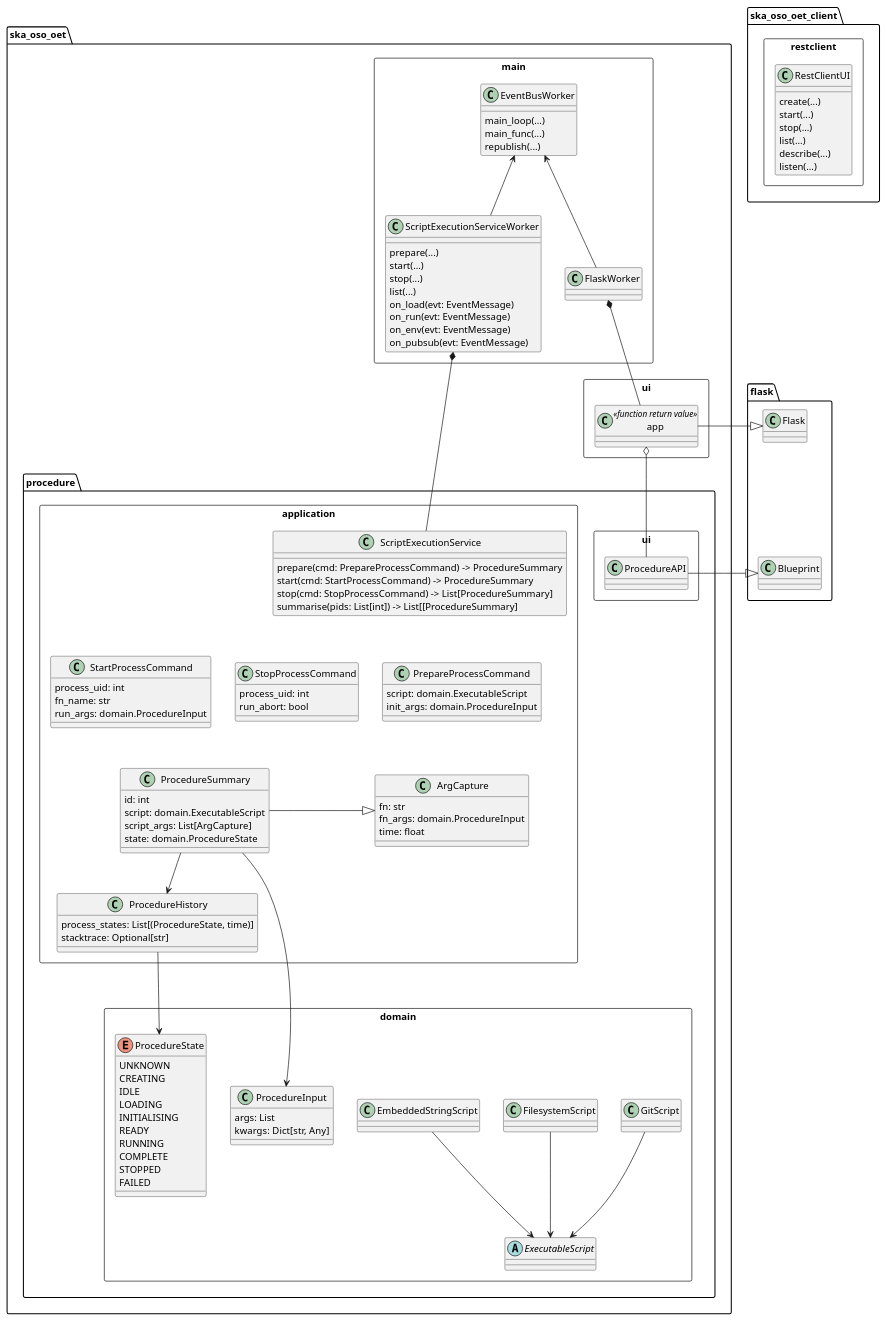
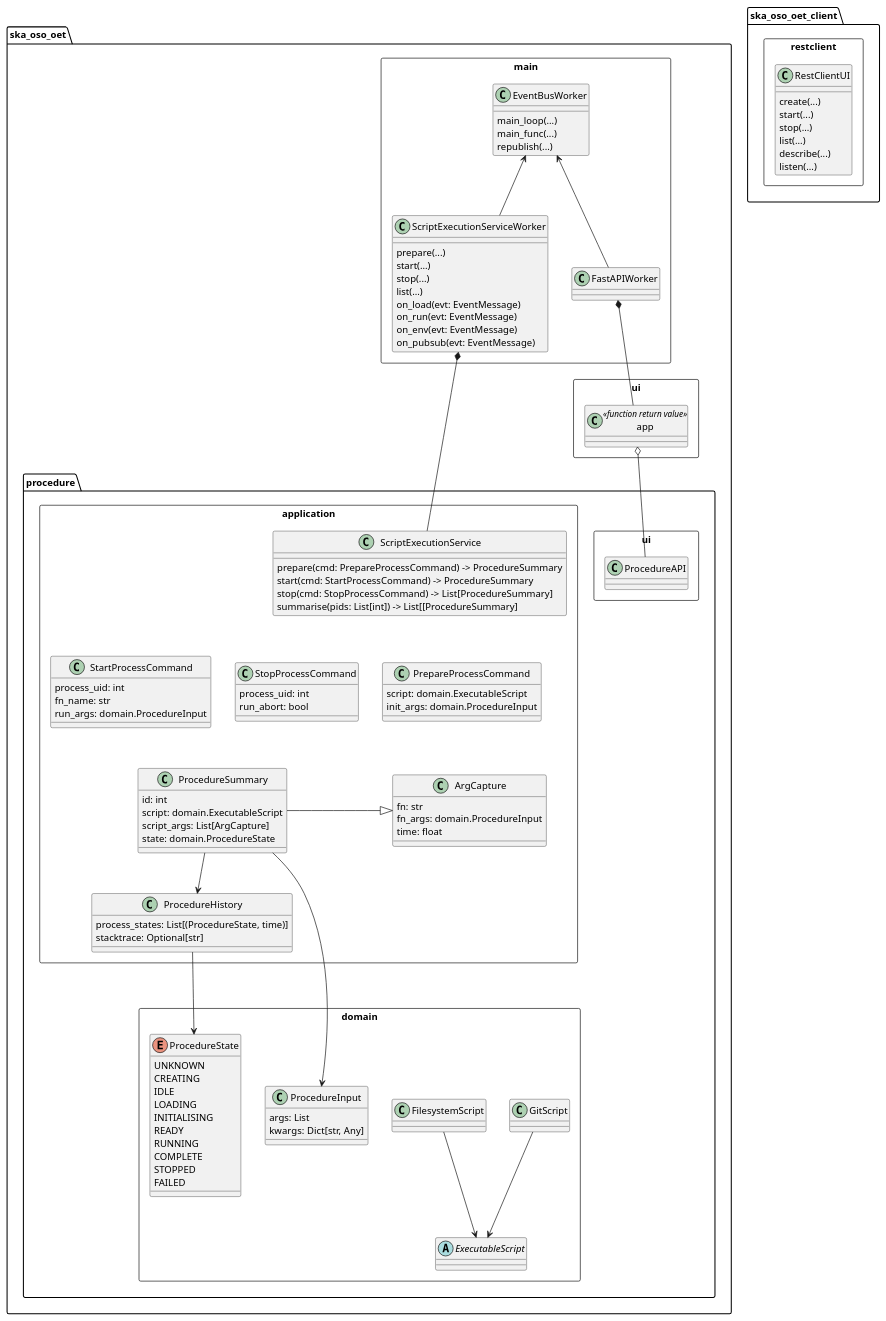
The diagram in docs/src/diagrams/backend_module_execution_primary.puml (ska-telescope/observation-execution-tool), drawn with PlantUML before and after one commit. The commit also changed 24 other files, not shown here.

```diff
--- a/docs/src/diagrams/backend_module_execution_primary.puml
+++ b/docs/src/diagrams/backend_module_execution_primary.puml
@@ -1,151 +1,141 @@
 @startuml
 'https://plantuml.com/class-diagram
 
 package ska_oso_oet_client {
     package restclient <<Rectangle>> {
         class RestClientUI {
             create(...)
             start(...)
             stop(...)
             list(...)
             describe(...)
             listen(...)
         }
     }
 }
 
 package ska_oso_oet {
 
     package main <<Rectangle>> {
         class ScriptExecutionServiceWorker {
             prepare(...)
             start(...)
             stop(...)
             list(...)
             on_load(evt: EventMessage)
             on_run(evt: EventMessage)
             on_env(evt: EventMessage)
             on_pubsub(evt: EventMessage)
         }
 
-        class FlaskWorker {
+        class FastAPIWorker {
         }
 
         class EventBusWorker {
             main_loop(...)
             main_func(...)
             republish(...)
         }
 
         ScriptExecutionServiceWorker -up-> EventBusWorker
-        FlaskWorker -up-> EventBusWorker
+        FastAPIWorker -up-> EventBusWorker
     }
 
     package ui <<Rectangle>> {
         class app <<function return value>> {
         }
     }
 
     package procedure {
         package ui as procedure_ui <<Rectangle>> {
             class ProcedureAPI
             app o-- ProcedureAPI
         }
 
         package application <<Rectangle>> {
             class ScriptExecutionService {
                 prepare(cmd: PrepareProcessCommand) -> ProcedureSummary
                 start(cmd: StartProcessCommand) -> ProcedureSummary
                 stop(cmd: StopProcessCommand) -> List[ProcedureSummary]
                 summarise(pids: List[int]) -> List[[ProcedureSummary]
             }
 
             class ProcedureSummary {
                 id: int
                 script: domain.ExecutableScript
                 script_args: List[ArgCapture]
                 state: domain.ProcedureState
             }
 
             class ArgCapture {
                 fn: str
                 fn_args: domain.ProcedureInput
                 time: float
             }
             ProcedureSummary -right-|> ArgCapture
 
             class ProcedureHistory {
                 {field} process_states: List[(ProcedureState, time)]
                 stacktrace: Optional[str]
             }
             ProcedureSummary --> ProcedureHistory
 
             class PrepareProcessCommand {
                 script: domain.ExecutableScript
                 init_args: domain.ProcedureInput
             }
 
             class StartProcessCommand {
                 process_uid: int
                 fn_name: str
                 run_args: domain.ProcedureInput
             }
 
             class StopProcessCommand {
                 process_uid: int
                 run_abort: bool
             }
             PrepareProcessCommand -up[hidden]- StartProcessCommand
             StartProcessCommand -up[hidden]- StopProcessCommand
         }
-        FlaskWorker *-- app
+        FastAPIWorker *-- app
         ScriptExecutionServiceWorker *-- ScriptExecutionService
 
         package domain <<Rectangle>> {
             abstract class ExecutableScript
             class GitScript
             class FilesystemScript
-            class EmbeddedStringScript
             GitScript --> ExecutableScript
             FilesystemScript --> ExecutableScript
-            EmbeddedStringScript --> ExecutableScript
 
             enum ProcedureState {
                 UNKNOWN
                 CREATING
                 IDLE
                 LOADING
                 INITIALISING
                 READY
                 RUNNING
                 COMPLETE
                 STOPPED
                 FAILED
             }
 
             class ProcedureInput {
                 args: List
                 kwargs: Dict[str, Any]
             }
         }
         ProcedureHistory ---> ProcedureState
         ProcedureSummary --> ProcedureInput
     }
 
 }
 
-package flask {
-    class Flask
-    class Blueprint
-}
-
-app -|> Flask
-ProcedureAPI -|> Blueprint
-Blueprint -up[hidden]- Flask
 
 PrepareProcessCommand -right[hidden] StartProcessCommand
 StartProcessCommand -right[hidden] StopProcessCommand
 ScriptExecutionService -down[hidden]- ArgCapture
 ScriptExecutionService -down[hidden]- StopProcessCommand
 ProcedureSummary -up[hidden]- StartProcessCommand
 @enduml
```
